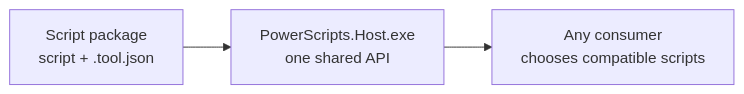
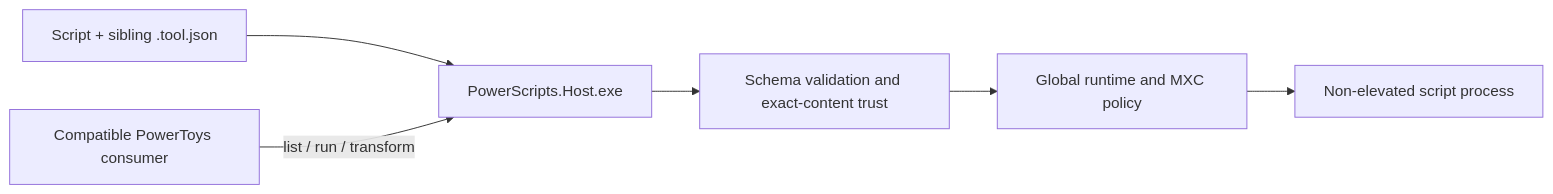
Before and after one commit to microsoft/PowerToys: the diagram in src/modules/PowerScripts/DESIGN.md, drawn with Mermaid. The commit also changed other lines of this file and 83 other files, not shown here.

First line of the commit message:
Simplify PowerScripts schemas and global isolation

````diff
--- a/src/modules/PowerScripts/DESIGN.md
+++ b/src/modules/PowerScripts/DESIGN.md
@@ -29,5 +8,8 @@
 ```mermaid
 flowchart LR
-    A["Script package<br/>script + .tool.json"] --> H["PowerScripts.Host.exe<br/>one shared API"]
-    H --> M["Any consumer<br/>chooses compatible scripts"]
+    P["Script + sibling .tool.json"] --> H["PowerScripts.Host.exe"]
+    C["Compatible PowerToys consumer"] -->|"list / run / transform"| H
+    H --> V["Schema validation and exact-content trust"]
+    V --> G["Global runtime and MXC policy"]
+    G --> R["Non-elevated script process"]
 ```
````
